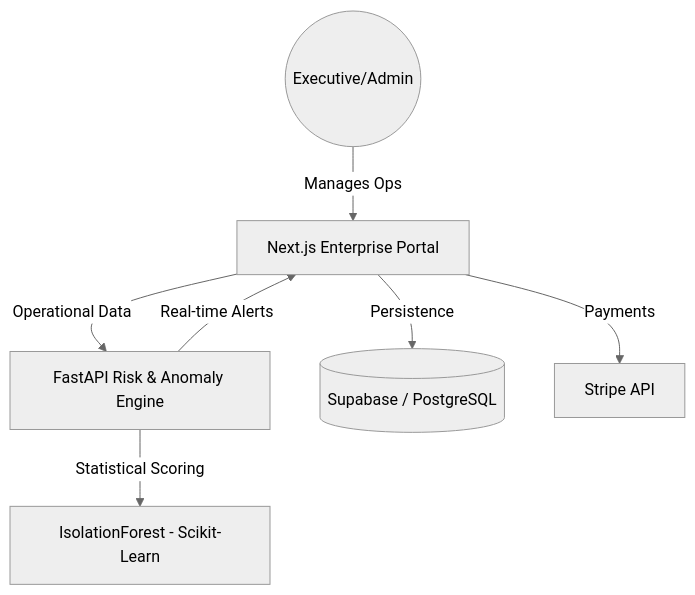
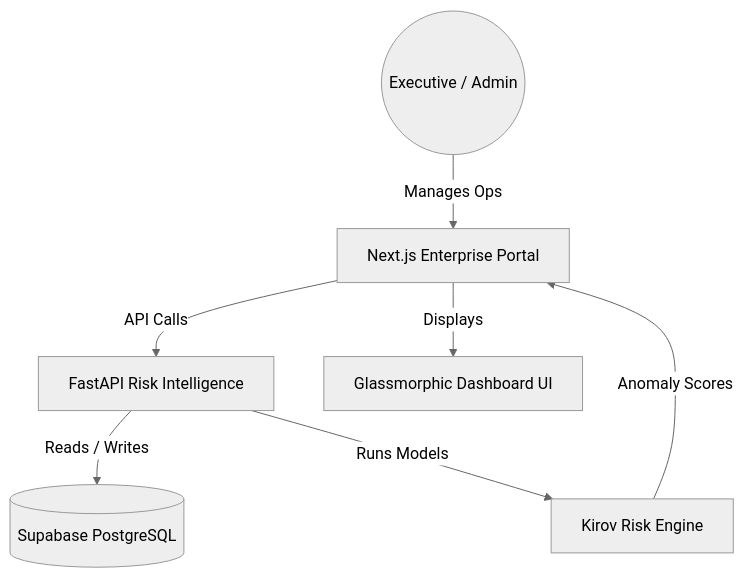
Before and after one commit to Raphasha27/opsly-saas: the diagram in README.md, drawn with Mermaid (neutral theme). The commit also changed other lines of this file, not shown here.

````diff
--- a/README.md
+++ b/README.md
@@ -21,9 +51,9 @@
 ```mermaid
 graph TD
-    User((Executive/Admin)) -->|Manages Ops| Portal[Next.js Enterprise Portal]
-    Portal -->|Operational Data| RiskEngine[FastAPI Risk & Anomaly Engine]
-    RiskEngine -->|Statistical Scoring| ML[IsolationForest - Scikit-Learn]
-    Portal -->|Persistence| DB[(Supabase / PostgreSQL)]
-    Portal -->|Payments| Stripe[Stripe API]
-    RiskEngine -->|Real-time Alerts| Portal
+    User((Executive / Admin)) -->|Manages Ops| Portal[Next.js Enterprise Portal]
+    Portal -->|API Calls| API[FastAPI Risk Intelligence]
+    API -->|Reads / Writes| DB[(Supabase PostgreSQL)]
+    API -->|Runs Models| Engine[Kirov Risk Engine]
+    Engine -->|Anomaly Scores| Portal
+    Portal -->|Displays| Dashboard[Glassmorphic Dashboard UI]
 ```
````
